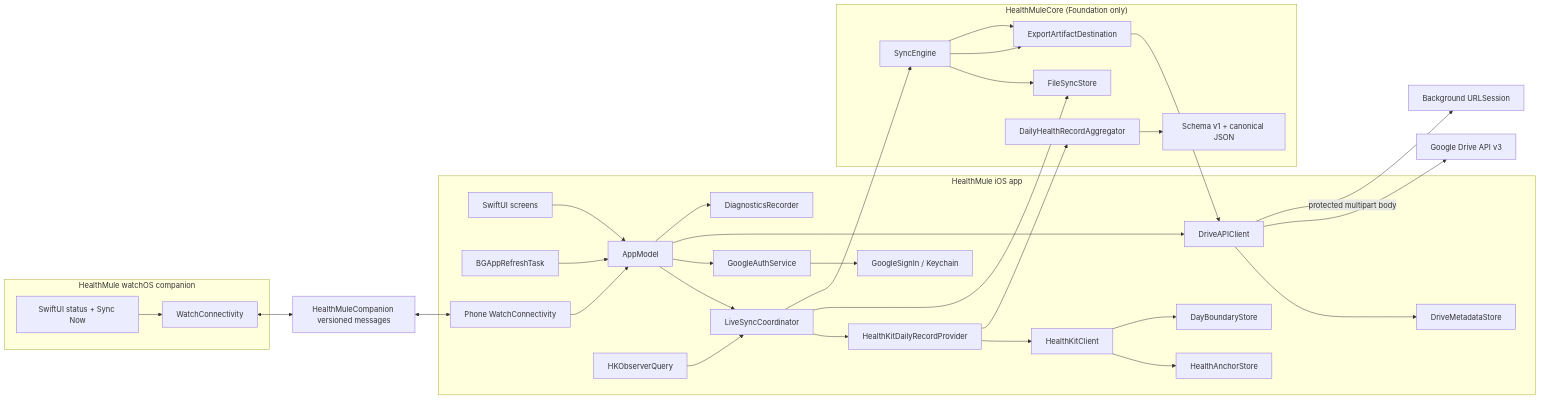
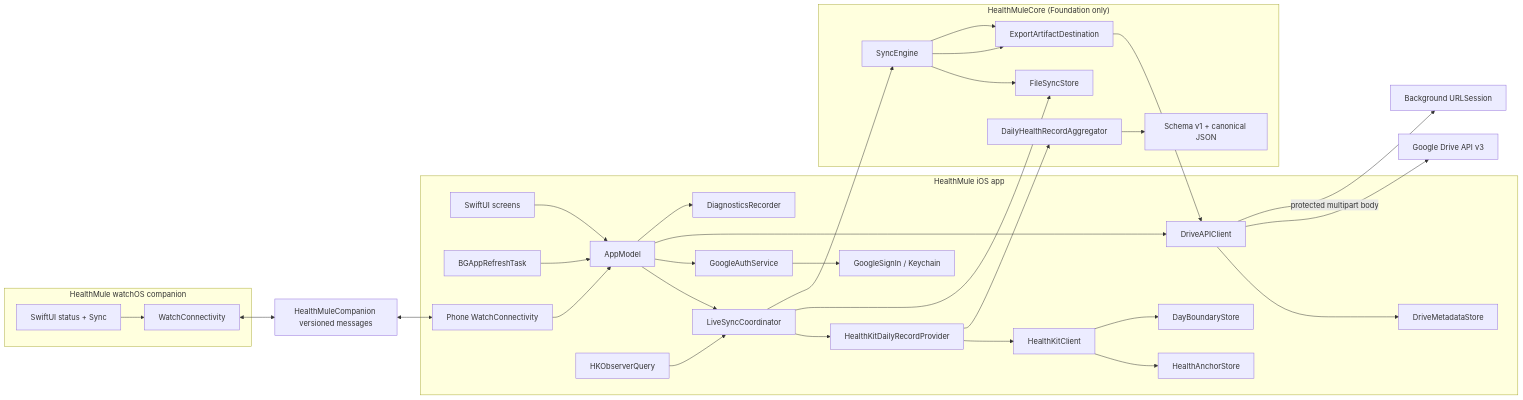
One commit to uinaf/healthmule-ios changed the diagram in docs/ARCHITECTURE.md. Above: the diagram before and after it, drawn with Mermaid. The commit also changed other lines of this file and 37 other files, not shown here.

First line of the commit message:
fix: Watch Sync crash, sync progress, dark-mode toggles, plus readiness and docs passes (#38)

````diff
--- a/docs/ARCHITECTURE.md
+++ b/docs/ARCHITECTURE.md
@@ -6,40 +6,40 @@
 ```mermaid
 flowchart LR
     subgraph App["HealthMule iOS app"]
         UI["SwiftUI screens"] --> Model["AppModel"]
         Model --> Coordinator["LiveSyncCoordinator"]
         Observer["HKObserverQuery"] --> Coordinator
         Refresh["BGAppRefreshTask"] --> Model
         Coordinator --> Provider["HealthKitDailyRecordProvider"]
         Provider --> HK["HealthKitClient"]
         HK --> Anchors["HealthAnchorStore"]
         HK --> Boundaries["DayBoundaryStore"]
         Model --> Auth["GoogleAuthService"]
         Auth --> SignIn["GoogleSignIn / Keychain"]
         Model --> Drive["DriveAPIClient"]
         Drive --> Metadata["DriveMetadataStore"]
         Model --> Diagnostics["DiagnosticsRecorder"]
         PhoneBridge["Phone WatchConnectivity"] --> Model
     end
 
     subgraph Core["HealthMuleCore (Foundation only)"]
         Aggregate["DailyHealthRecordAggregator"] --> Schema["Schema v1 + canonical JSON"]
         Engine["SyncEngine"] --> Outbox["FileSyncStore"]
         Engine --> Destination["ExportArtifactDestination"]
     end
 
     subgraph Companion["HealthMule watchOS companion"]
-        WatchUI["SwiftUI status + Sync Now"] --> WatchBridge["WatchConnectivity"]
+        WatchUI["SwiftUI status + Sync"] --> WatchBridge["WatchConnectivity"]
     end
 
     Contract["HealthMuleCompanion versioned messages"]
     WatchBridge <--> Contract
     Contract <--> PhoneBridge
     Provider --> Aggregate
     Coordinator --> Outbox
     Coordinator --> Engine
     Engine --> Destination
     Destination --> Drive
     Drive --> API["Google Drive API v3"]
     Drive -->|"protected multipart body"| BackgroundSession["Background URLSession"]
 ```
````
